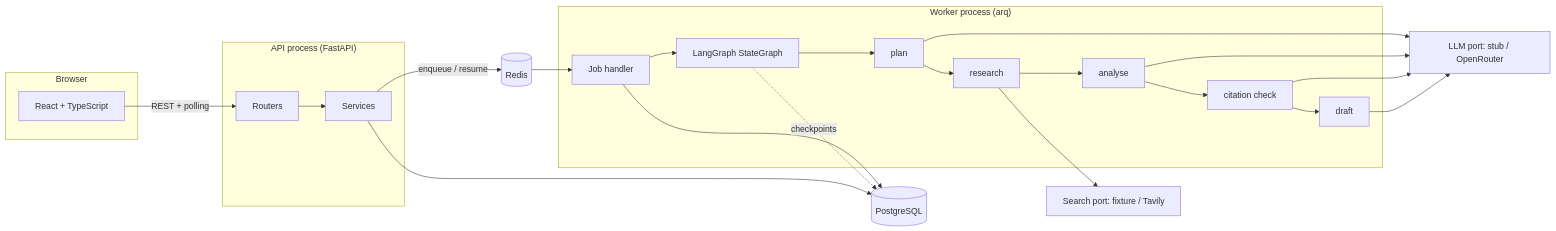
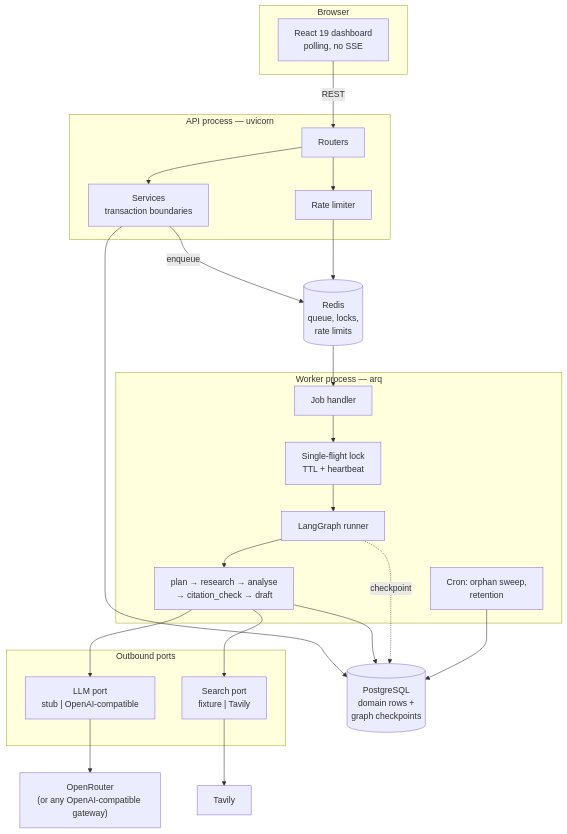
Before and after one commit to snmshahzaib/agentflow: the diagram in README.md, drawn with Mermaid. The commit also changed other lines of this file and 22 other files, not shown here.

````diff
--- a/README.md
+++ b/README.md
@@ -27,21 +70,39 @@
 ```mermaid
-flowchart LR
-  subgraph Browser
-    UI[React + TypeScript]
-  end
-  subgraph API["API process (FastAPI)"]
-    R[Routers] --> SVC[Services]
-  end
-  subgraph WORK["Worker process (arq)"]
-    J[Job handler] --> G[LangGraph StateGraph]
-    G --> N1[plan] --> N2[research] --> N3[analyse] --> N4[citation check] --> N5[draft]
-  end
-  UI -->|REST + polling| R
-  SVC -->|enqueue / resume| Q[(Redis)]
-  Q --> J
-  SVC --> DB[(PostgreSQL)]
-  J --> DB
-  N2 --> SA[Search port: fixture / Tavily]
-  N1 & N3 & N4 & N5 --> LA[LLM port: stub / OpenRouter]
-  G -.checkpoints.-> DB
+flowchart TB
+    subgraph browser["Browser"]
+        UI["React 19 dashboard<br/>polling, no SSE"]
+    end
+
+    subgraph api["API process — uvicorn"]
+        RT["Routers"] --> RL["Rate limiter"]
+        RT --> SV["Services<br/>transaction boundaries"]
+    end
+
+    subgraph worker["Worker process — arq"]
+        JB["Job handler"] --> LK["Single-flight lock<br/>TTL + heartbeat"]
+        LK --> GR["LangGraph runner"]
+        GR --> ND["plan → research → analyse<br/>→ citation_check → draft"]
+        CRON["Cron: orphan sweep,<br/>retention"]
+    end
+
+    subgraph ports["Outbound ports"]
+        LLM["LLM port<br/>stub | OpenAI-compatible"]
+        SRCH["Search port<br/>fixture | Tavily"]
+    end
+
+    PG[("PostgreSQL<br/>domain rows +<br/>graph checkpoints")]
+    RDS[("Redis<br/>queue, locks,<br/>rate limits")]
+
+    UI -->|REST| RT
+    SV --> PG
+    SV -->|enqueue| RDS
+    RDS --> JB
+    ND --> PG
+    ND --> LLM
+    ND --> SRCH
+    GR -.checkpoint.-> PG
+    CRON --> PG
+    RL --> RDS
+    LLM --> GW["OpenRouter<br/>(or any OpenAI-compatible gateway)"]
+    SRCH --> TV["Tavily"]
 ```
````
